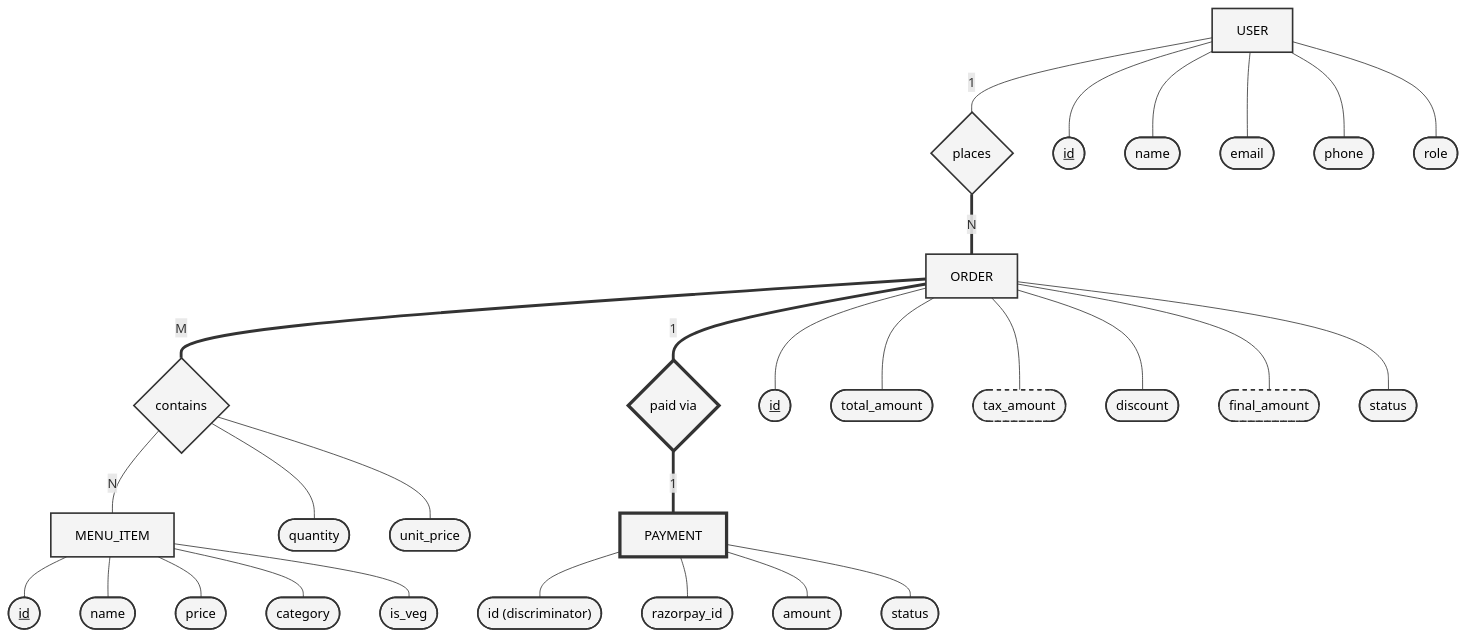
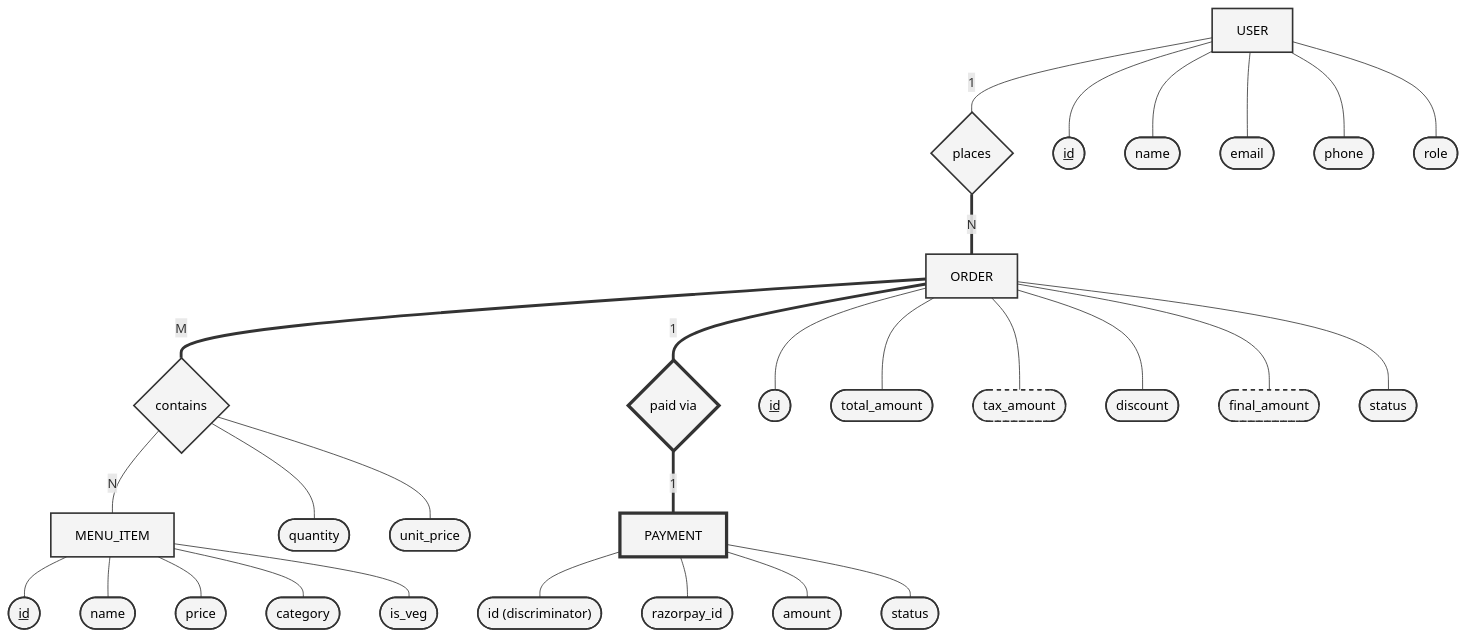
Before and after one commit to Prathamesh-Patil-git/foodflash: the second of 2 diagrams in README.md, drawn with Mermaid.

Commit message:
docs: Fix primary key underline in ER diagram

```diff
--- a/README.md
+++ b/README.md
@@ -235,7 +235,7 @@
     paid_via ===|1| PAYMENT
 
     %% USER Attributes
-    U_id(["<u>id</u>"]):::attribute
+    U_id(["i̲d̲"]):::attribute
     U_name(["name"]):::attribute
     U_email(["email"]):::attribute
     U_phone(["phone"]):::attribute
@@ -248,7 +248,7 @@
     USER --- U_role
 
     %% ORDER Attributes
-    O_id(["<u>id</u>"]):::attribute
+    O_id(["i̲d̲"]):::attribute
     O_tot(["total_amount"]):::attribute
     O_tax(["tax_amount"]):::derivedAttribute
     O_dis(["discount"]):::attribute
@@ -270,7 +270,7 @@
     contains --- C_price
 
     %% MENU_ITEM Attributes
-    M_id(["<u>id</u>"]):::attribute
+    M_id(["i̲d̲"]):::attribute
     M_name(["name"]):::attribute
     M_price(["price"]):::attribute
     M_cat(["category"]):::attribute
```
